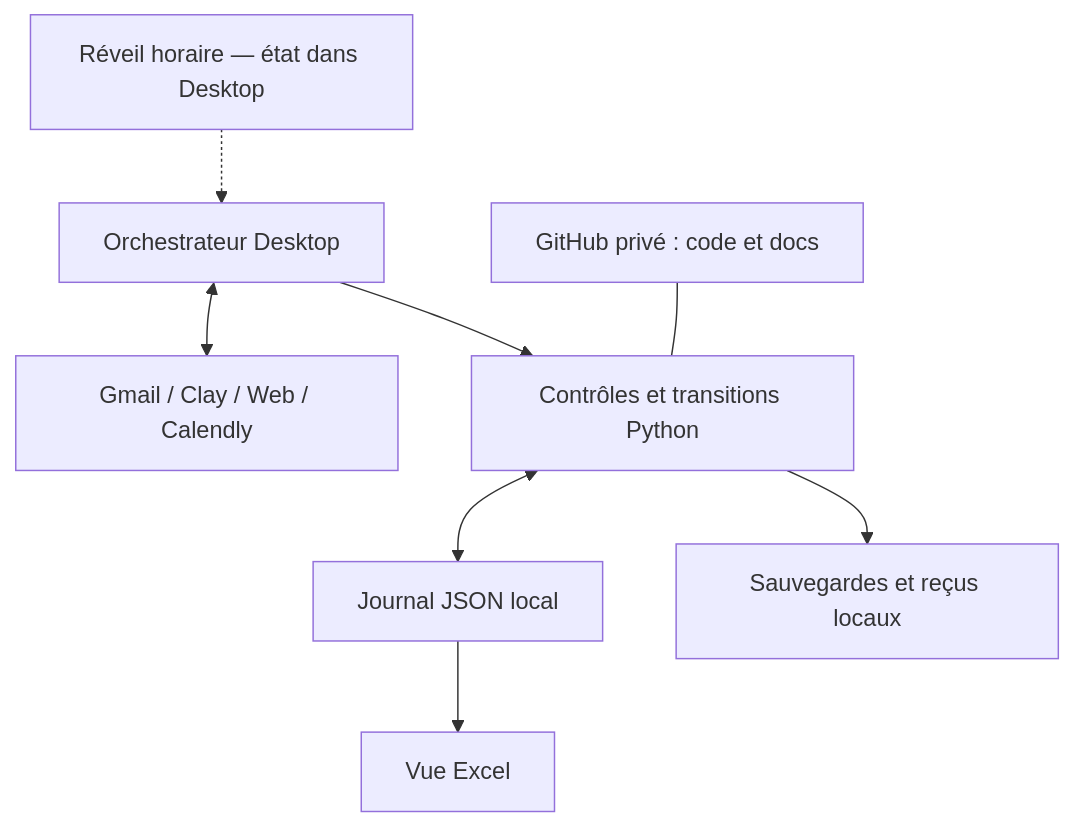
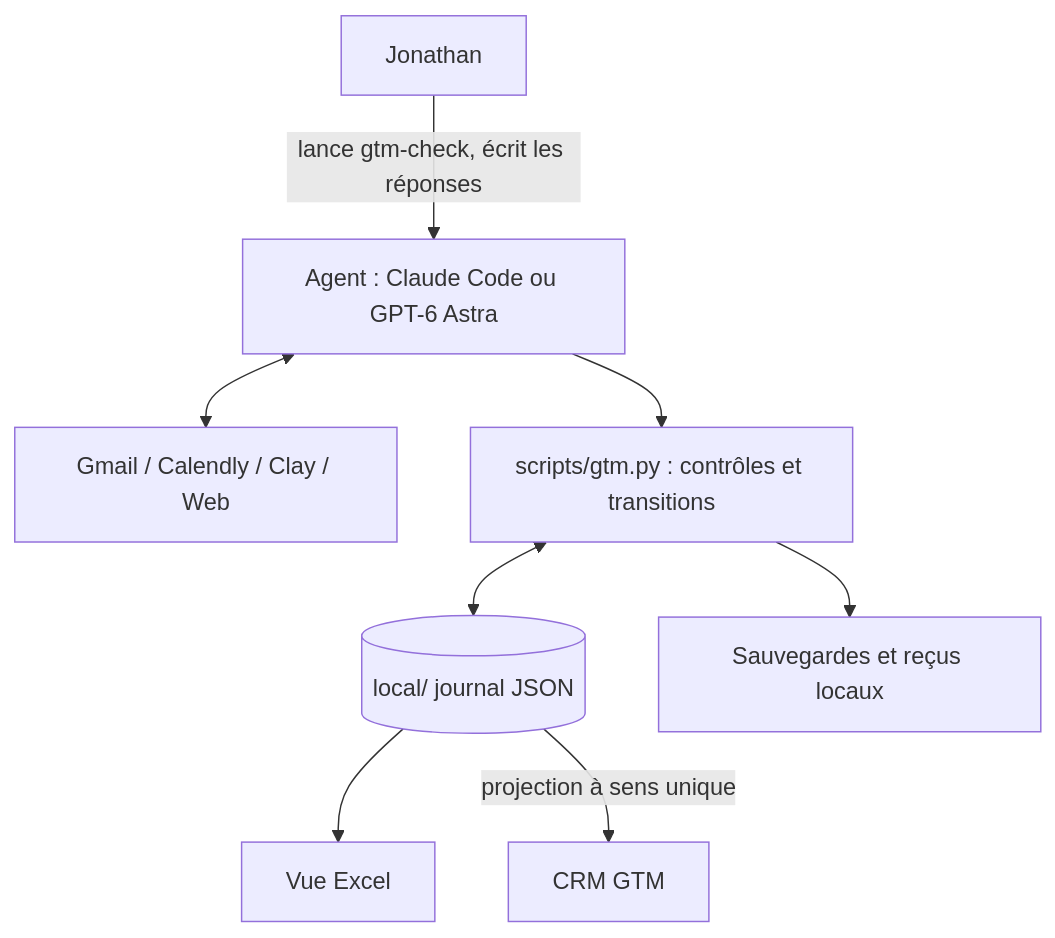
One commit to spykernv/gtm-vision-pnl changed the first of 2 diagrams in README.md. Above: the diagram before and after it, drawn with Mermaid. The commit also changed other lines of this file and 4 other files, not shown here.

````diff
--- a/README.md
+++ b/README.md
@@ -68,10 +61,10 @@
 ```mermaid
 flowchart TD
-  Desktop[Orchestrateur Desktop] <--> Plugins[Gmail / Clay / Web / Calendly]
-  Desktop --> Python[Contrôles et transitions Python]
-  Python <--> JSON[Journal JSON local]
-  Python --> Recovery[Sauvegardes et reçus locaux]
-  JSON --> Excel[Vue Excel]
-  Timer[Réveil horaire — état dans Desktop] -.-> Desktop
-  Repo[GitHub privé : code et docs] --- Python
+  Human[Jonathan] -- lance gtm-check, écrit les réponses --> Agent
+  Agent[Agent : Claude Code ou GPT-6 Astra] <--> Plugins[Gmail / Calendly / Clay / Web]
+  Agent --> Engine[scripts/gtm.py : contrôles et transitions]
+  Engine <--> Journal[(local/ journal JSON)]
+  Engine --> Recovery[Sauvegardes et reçus locaux]
+  Journal --> Excel[Vue Excel]
+  Journal -- projection à sens unique --> CRM[CRM GTM]
 ```
````
